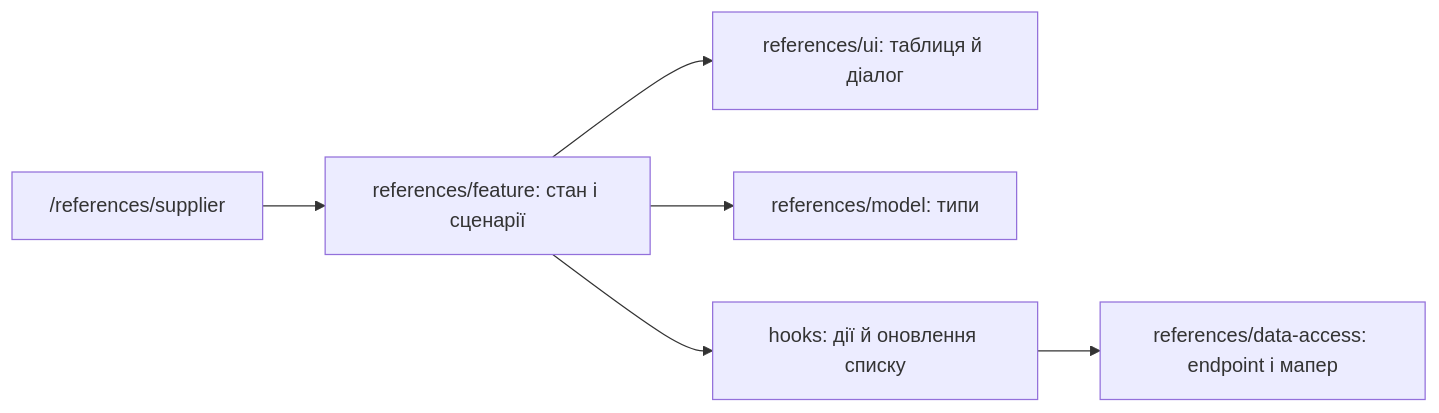
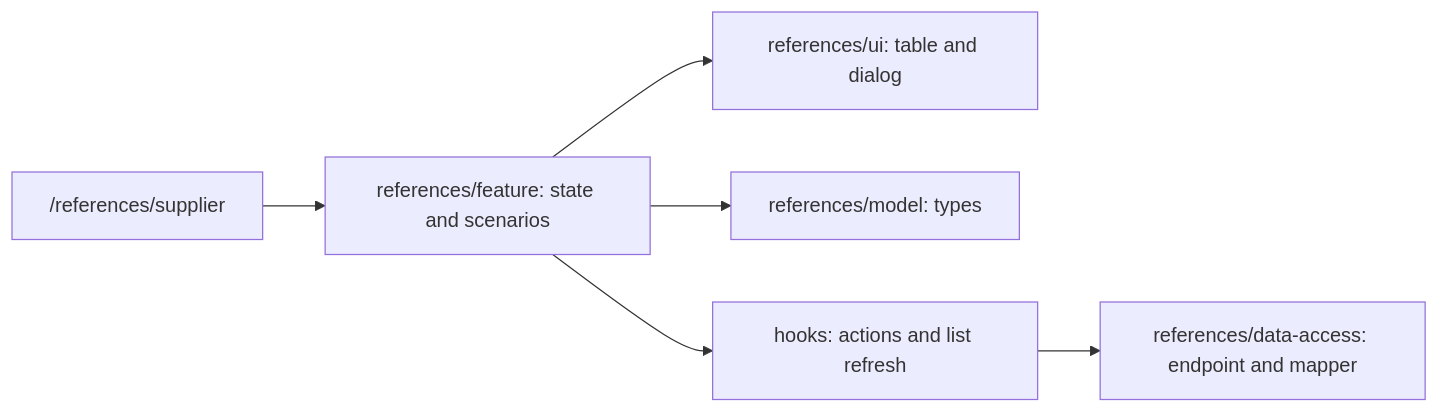
Before and after one commit to Weretik/brevi-web: the diagram in docs/features/admin/references/suppliers.md, drawn with Mermaid. The commit also changed other lines of this file and 52 other files, not shown here.

Commit message:
docs(frontend): reconcile architecture and feature guidance

````diff
--- a/docs/features/admin/references/suppliers.md
+++ b/docs/features/admin/references/suppliers.md
@@ -9,8 +14,8 @@
 ```mermaid
 flowchart LR
-  Route["/references/supplier"] --> Page["references/feature: стан і сценарії"]
-  Page --> UI["references/ui: таблиця й діалог"]
-  Page --> Model["references/model: типи"]
-  Page --> Hooks["hooks: дії й оновлення списку"]
-  Hooks --> Data["references/data-access: endpoint і мапер"]
+  Route["/references/supplier"] --> Page["references/feature: state and scenarios"]
+  Page --> UI["references/ui: table and dialog"]
+  Page --> Model["references/model: types"]
+  Page --> Hooks["hooks: actions and list refresh"]
+  Hooks --> Data["references/data-access: endpoint and mapper"]
 ```
````
